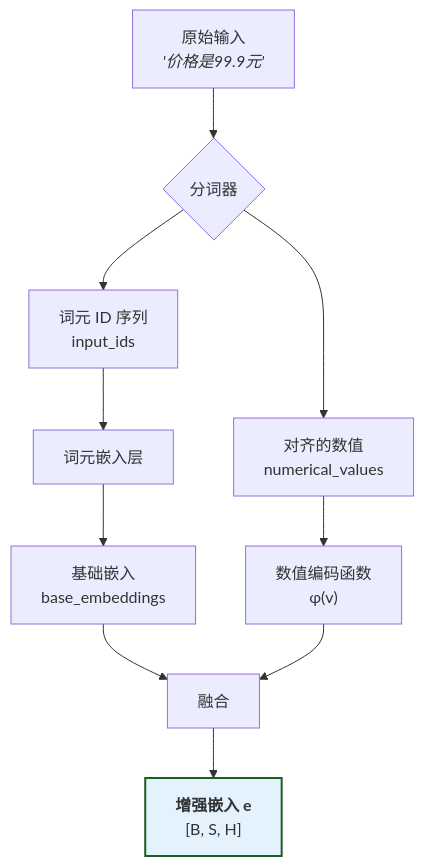
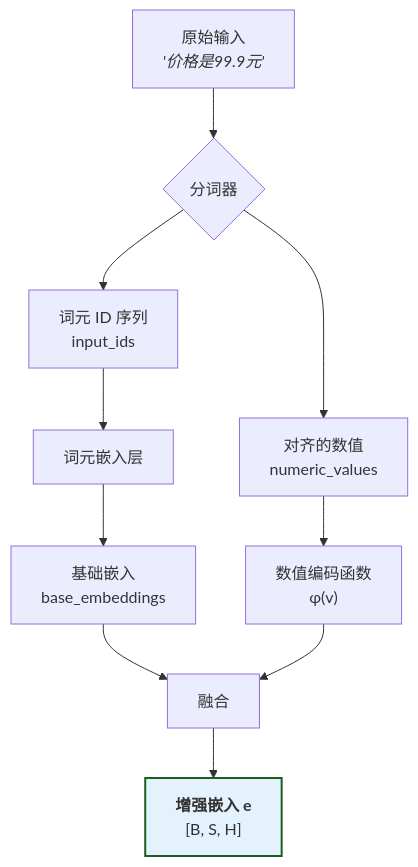
Before and after one commit to 1587causalai/CausalQwen: the second of 8 diagrams in docs/mathematical_foundations.md, drawn with Mermaid. The commit also changed other lines of this file, not shown here.

````diff
--- a/docs/mathematical_foundations.md
+++ b/docs/mathematical_foundations.md
@@ -321,16 +321,16 @@
 ```mermaid
 graph TD
     A["原始输入<br><i>'价格是99.9元'</i>"] --> B{"分词器"};
     B --> C["词元 ID 序列<br>input_ids"];
-    B --> D["对齐的数值<br>numerical_values"];
+    B --> D["对齐的数值<br>numeric_values"];
     
     C --> E["词元嵌入层"];
     E --> F["基础嵌入<br>base_embeddings"];
     
     D --> G["数值编码函数<br>φ(v)"];
     
     F & G --> H["融合"];
     H --> I["<b>增强嵌入 e</b><br>[B, S, H]"];
 
     style I fill:#e3f2fd,stroke:#1b5e20,stroke-width:2px
 ```
````
